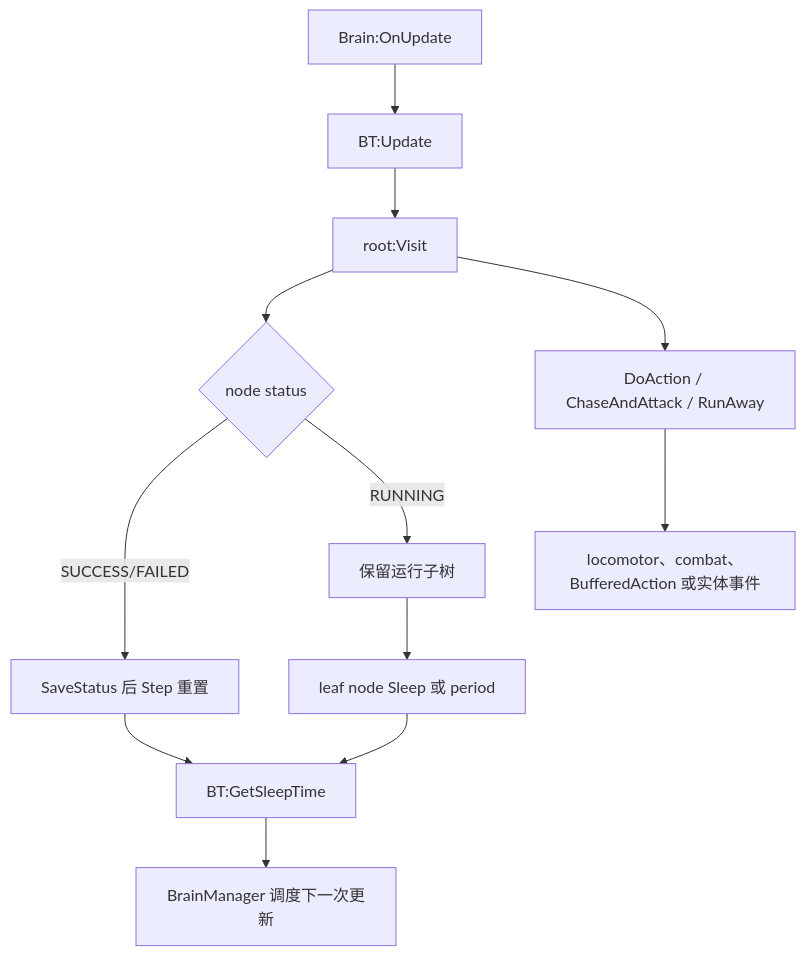
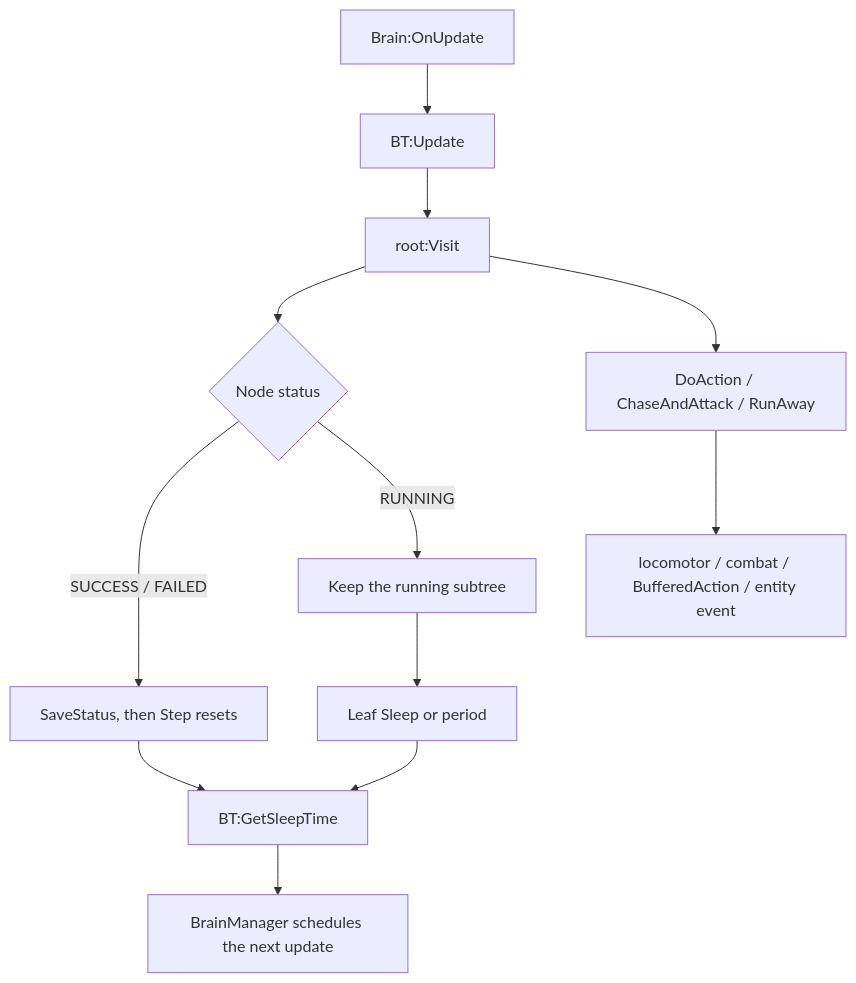
Before and after one commit to LetsStarveTogether/dst-server: the diagram in dst-scripts/index/0x4000-ai-animation/0x4200-brain-behaviour/0x4202-behaviour-tree.md, drawn with Mermaid. The commit also changed other lines of this file and 83 other files, not shown here.

```diff
--- a/dst-scripts/index/0x4000-ai-animation/0x4200-brain-behaviour/0x4202-behaviour-tree.md
+++ b/dst-scripts/index/0x4000-ai-animation/0x4200-brain-behaviour/0x4202-behaviour-tree.md
@@ -54,15 +50,15 @@
 ~~~mermaid
 flowchart TD
     A["Brain:OnUpdate"]
     A --> B["BT:Update"]
     B --> C["root:Visit"]
-    C --> D{"node status"}
-    D -- "SUCCESS/FAILED" --> E["SaveStatus 后 Step 重置"]
-    D -- "RUNNING" --> F["保留运行子树"]
-    F --> G["leaf node Sleep 或 period"]
+    C --> D{"Node status"}
+    D -- "SUCCESS / FAILED" --> E["SaveStatus, then Step resets"]
+    D -- "RUNNING" --> F["Keep the running subtree"]
+    F --> G["Leaf Sleep or period"]
     E --> H["BT:GetSleepTime"]
     G --> H
-    H --> I["BrainManager 调度下一次更新"]
+    H --> I["BrainManager schedules the next update"]
     C --> J["DoAction / ChaseAndAttack / RunAway"]
-    J --> K["locomotor、combat、BufferedAction 或实体事件"]
+    J --> K["locomotor / combat / BufferedAction / entity event"]
 ~~~
```
